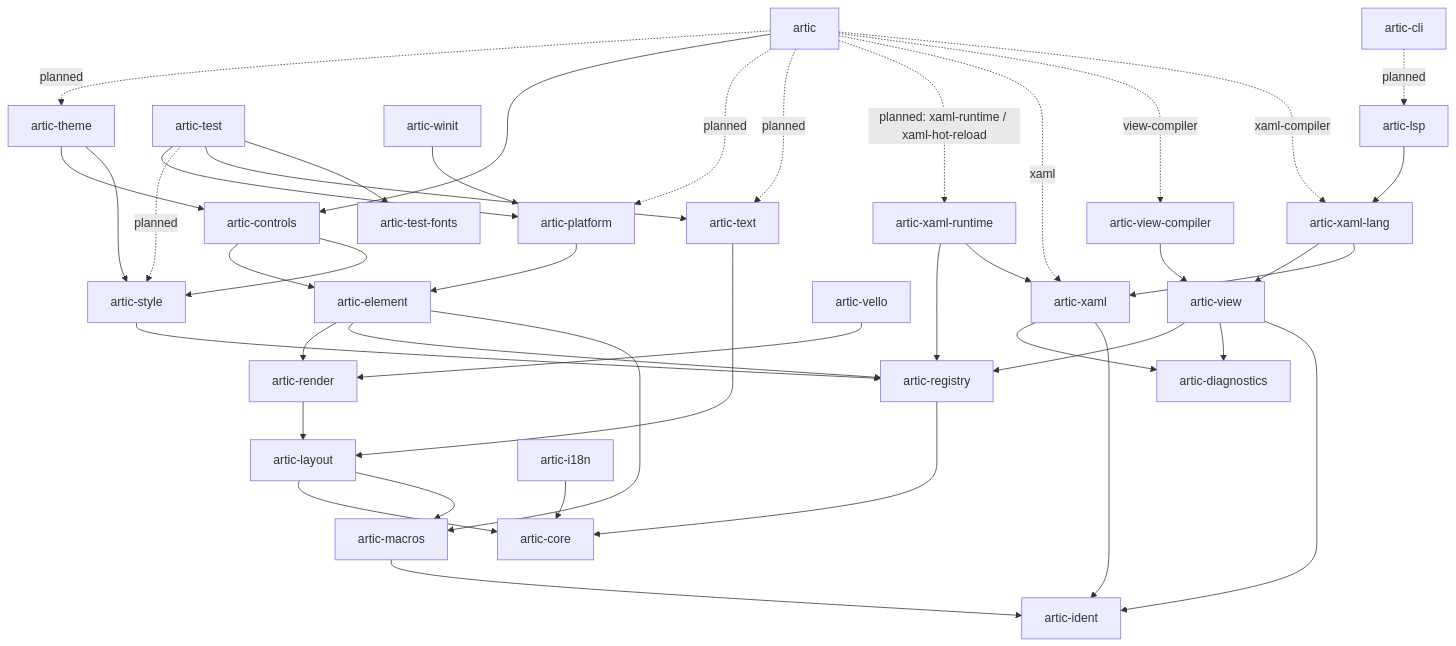
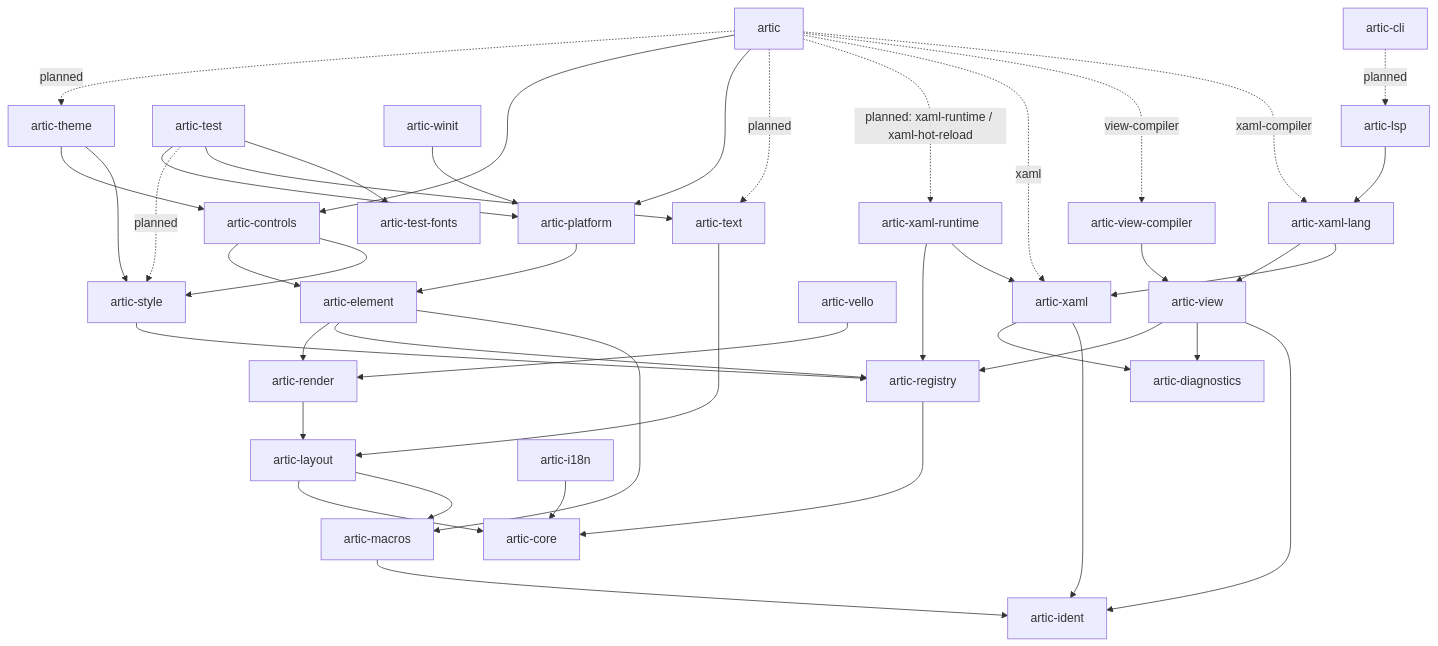
Before and after one commit to wolfware-labs/artic: the diagram in docs/architecture.md, drawn with Mermaid. The commit also changed other lines of this file and 6 other files, not shown here.

````diff
--- a/docs/architecture.md
+++ b/docs/architecture.md
@@ -37,54 +37,54 @@
 ```mermaid
 flowchart TD
   artic -. planned .-> theme[artic-theme]
   artic --> controls[artic-controls]
-  artic -. planned .-> platform[artic-platform]
+  artic --> platform[artic-platform]
   artic -. planned .-> text[artic-text]
   artic -. planned: xaml-runtime / xaml-hot-reload .-> runtime[artic-xaml-runtime]
   artic -. xaml .-> xaml
   artic -. view-compiler .-> viewc[artic-view-compiler]
   artic -. xaml-compiler .-> lang
 
   theme --> controls
   theme --> styles[artic-style]
 
   controls --> element[artic-element]
   controls --> styles
 
   platform --> element
 
   element --> render[artic-render]
   element --> registry[artic-registry]
   element --> macros[artic-macros]
 
   test[artic-test] --> platform
   test -. planned .-> styles
   test --> text
   test --> fonts[artic-test-fonts]
 
   winit[artic-winit] --> platform
   vello[artic-vello] --> render
 
   cli[artic-cli] -. planned .-> lsp[artic-lsp]
   lsp --> lang[artic-xaml-lang]
 
   render --> layout[artic-layout]
   text --> layout
   styles --> registry
   viewc --> view[artic-view]
   lang --> view
   view --> registry
   view --> diagnostics
   lang --> xaml[artic-xaml]
   xaml --> diagnostics[artic-diagnostics]
   runtime --> registry
   runtime --> xaml
 
   registry --> core[artic-core]
   layout --> core
   layout --> macros
   macros --> ident[artic-ident]
   xaml --> ident
   view --> ident
   i18n[artic-i18n] --> core
 ```
````
